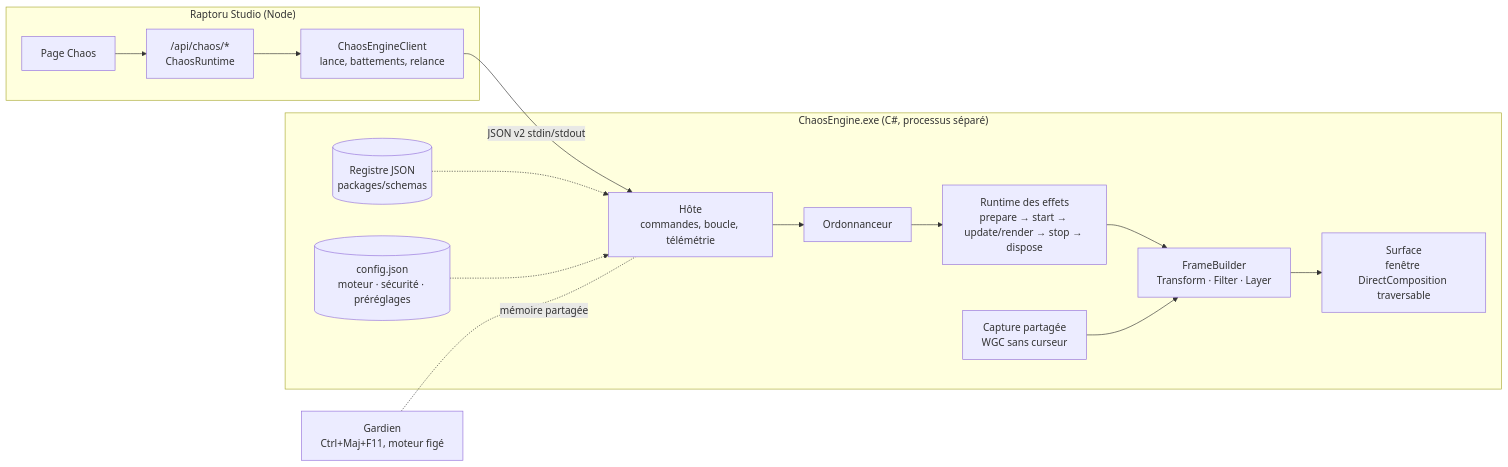
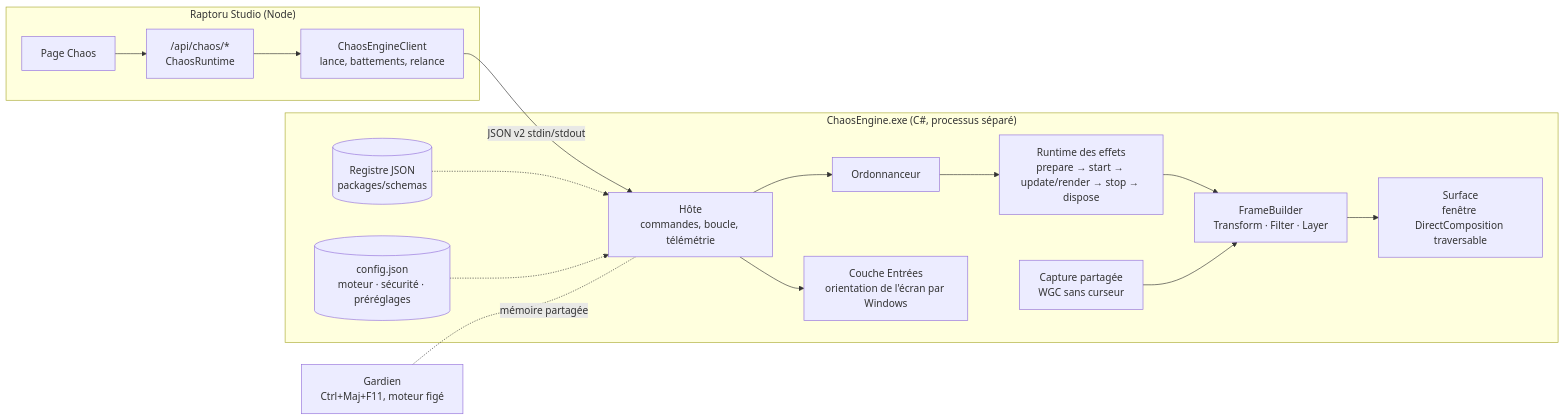
Before and after one commit to raptorutwitch/raptoru-2.0: the diagram in docs/chaos/ARCHITECTURE_MOTEUR.md, drawn with Mermaid. The commit also changed other lines of this file and 35 other files, not shown here.

````diff
--- a/docs/chaos/ARCHITECTURE_MOTEUR.md
+++ b/docs/chaos/ARCHITECTURE_MOTEUR.md
@@ -13,18 +14,19 @@
 ```mermaid
 flowchart LR
   subgraph Studio["Raptoru Studio (Node)"]
     PAGE[Page Chaos] --> API["/api/chaos/*<br/>ChaosRuntime"]
     API --> CLIENT[ChaosEngineClient<br/>lance, battements, relance]
   end
   CLIENT -- "JSON v2 stdin/stdout" --> HOST
   subgraph Engine["ChaosEngine.exe (C#, processus séparé)"]
     HOST[Hôte<br/>commandes, boucle, télémétrie] --> SCHED[Ordonnanceur]
     SCHED --> RT[Runtime des effets<br/>prepare → start → update/render → stop → dispose]
     RT --> FB[FrameBuilder<br/>Transform · Filter · Layer]
     CAP[Capture partagée<br/>WGC sans curseur] --> FB
     FB --> SURF[Surface<br/>fenêtre DirectComposition traversable]
+    HOST --> INPUT[Couche Entrées<br/>orientation de l'écran par Windows]
     REG[(Registre JSON<br/>packages/schemas)] -.-> HOST
     CFG[(config.json<br/>moteur · sécurité · préréglages)] -.-> HOST
   end
   GUARD[Gardien<br/>Ctrl+Maj+F11, moteur figé] -. "mémoire partagée" .- HOST
 ```
````
